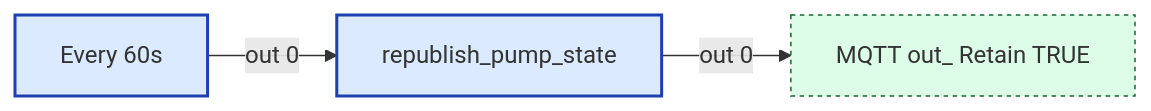
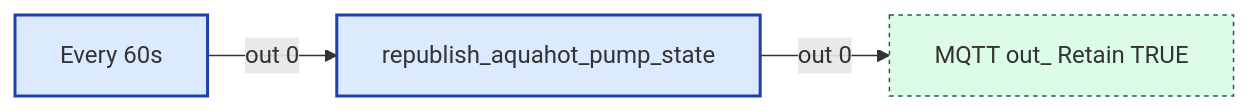
The third of 5 diagrams in src/wiring/aquahot.md (Backroads4Me/librecoach-node-red), drawn with Mermaid before and after one commit. The commit also changed other lines of this file and 9 other files, not shown here.

````diff
--- a/src/wiring/aquahot.md
+++ b/src/wiring/aquahot.md
@@ -97,14 +98,14 @@
 ```mermaid
 flowchart LR
   classDef fn fill:#dbeafe,stroke:#1e40af,stroke-width:2px
   classDef ui fill:#ede9fe,stroke:#5b21b6,stroke-width:2px
   classDef sub fill:#fef3c7,stroke:#92400e,stroke-width:2px
   classDef link fill:#dcfce7,stroke:#166534,stroke-width:1px,stroke-dasharray:3 3
   classDef config fill:#f3f4f6,stroke:#6b7280,stroke-width:1px,stroke-dasharray:2 2
   classDef disabled opacity:0.5,stroke-dasharray:4 4
   n_1c1403c14b57["MQTT out_ Retain TRUE"]:::link
   n_ee1234567890["Every 60s"]:::fn
-  n_ff1234567890["republish_pump_state"]:::fn
+  n_ff1234567890["republish_aquahot_pump_state"]:::fn
   n_ee1234567890 -->|out 0| n_ff1234567890
   n_ff1234567890 -->|out 0| n_1c1403c14b57
 ```
````
